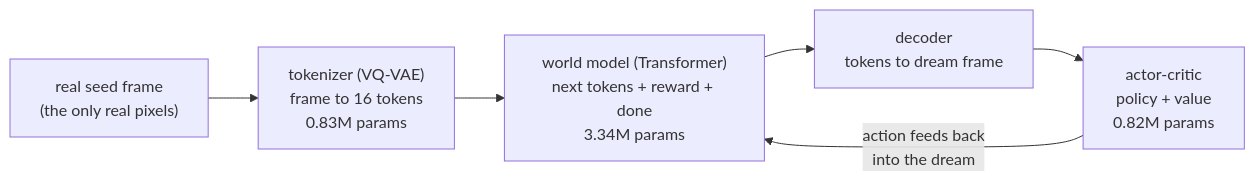
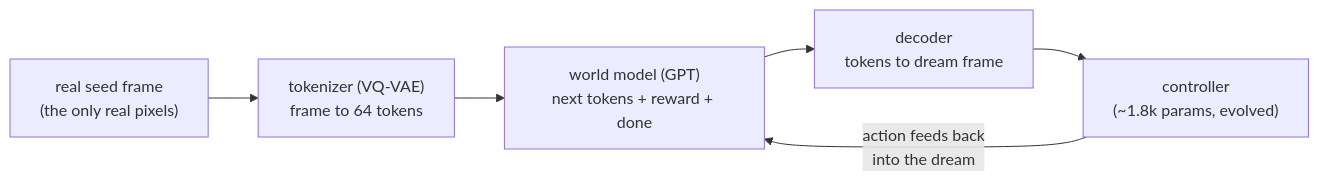
Before and after one commit to S1LV3RJ1NX/RL-in-Production-Bootcamp-Resources: the first of 3 diagrams in blogs/11-world-models/README.md, drawn with Mermaid. The commit also changed other lines of this file and 18 other files, not shown here.

````diff
--- a/blogs/11-world-models/README.md
+++ b/blogs/11-world-models/README.md
@@ -40,8 +46,8 @@
 ```mermaid
 flowchart LR
-    Frame["real seed frame<br/>(the only real pixels)"] --> Tok["tokenizer (VQ-VAE)<br/>frame to 16 tokens<br/>0.83M params"]
-    Tok --> WM["world model (Transformer)<br/>next tokens + reward + done<br/>3.34M params"]
+    Frame["real seed frame<br/>(the only real pixels)"] --> Tok["tokenizer (VQ-VAE)<br/>frame to 64 tokens"]
+    Tok --> WM["world model (GPT)<br/>next tokens + reward + done"]
     WM --> Dec["decoder<br/>tokens to dream frame"]
-    Dec --> AC["actor-critic<br/>policy + value<br/>0.82M params"]
-    AC -->|"action feeds back<br/>into the dream"| WM
+    Dec --> Ctrl["controller<br/>(~1.8k params, evolved)"]
+    Ctrl -->|"action feeds back<br/>into the dream"| WM
 ```
````
